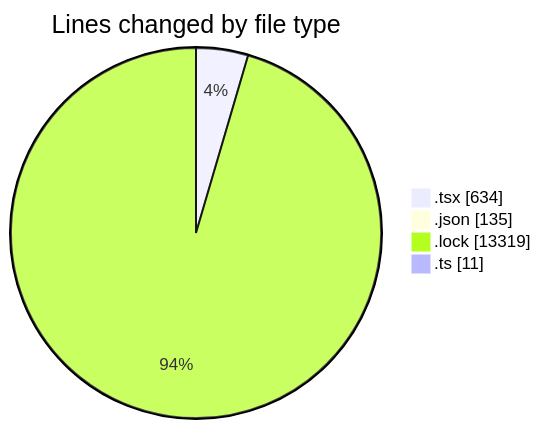
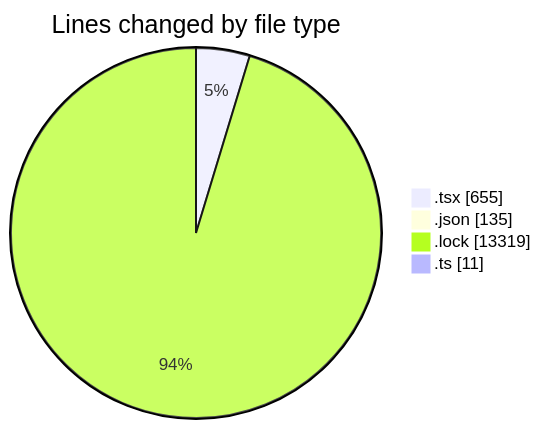
The first of 2 diagrams in 2025-02-09/cda/README.md (momahboobian/code-tracking), drawn with Mermaid before and after one commit. The commit also changed other lines of this file and 1 other file, not shown here.

````diff
--- a/2025-02-09/cda/README.md
+++ b/2025-02-09/cda/README.md
@@ -27,8 +28,8 @@
 ```mermaid
 pie showData
 title Lines changed by file type
-".tsx" : 634
+".tsx" : 655
 ".json" : 135
 ".lock" : 13319
 ".ts" : 11
 ```
````
